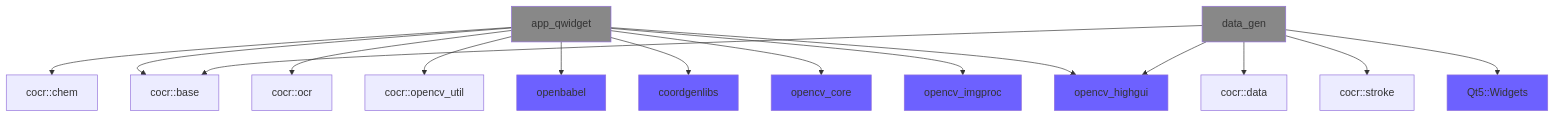
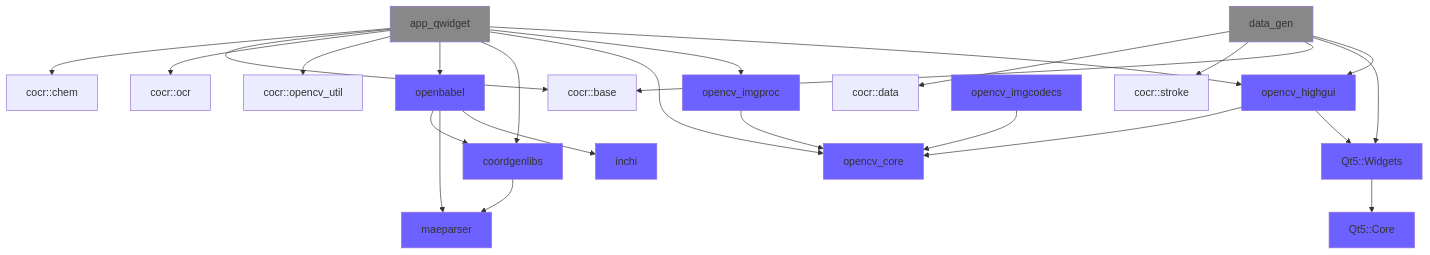
Before and after one commit to xuguodong1999/COCR: the second of 2 diagrams in README.md, drawn with Mermaid.

Commit message:
fix: split flow chart 2

````diff
--- a/README.md
+++ b/README.md
@@ -88,21 +88,32 @@
 ```mermaid
 graph TB
     app_qwidget:::app --> cocr::chem
     app_qwidget --> cocr::base
     app_qwidget --> cocr::ocr
     app_qwidget --> cocr::opencv_util
     app_qwidget --> openbabel:::deps
     app_qwidget --> coordgenlibs:::deps
     app_qwidget --> opencv_core:::deps
     app_qwidget --> opencv_imgproc:::deps
     app_qwidget --> opencv_highgui:::deps
     
     data_gen:::app --> cocr::data
     data_gen --> cocr::stroke
     data_gen --> cocr::base
     data_gen --> Qt5::Widgets:::deps
     data_gen --> opencv_highgui:::deps
     
+    Qt5::Widgets:::deps --> Qt5::Core:::deps
+    opencv_imgproc:::deps --> opencv_core:::deps
+    opencv_imgcodecs:::deps --> opencv_core:::deps
+    opencv_highgui:::deps --> opencv_core:::deps
+    opencv_highgui:::deps --> Qt5::Widgets
+    
+    openbabel:::deps --> coordgenlibs:::deps
+    openbabel:::deps --> maeparser:::deps
+    openbabel:::deps --> inchi:::deps
+    coordgenlibs:::deps --> maeparser:::deps
+    
     classDef deps fill:#6d61ff;
     classDef app fill:#888888;
 ```
````
